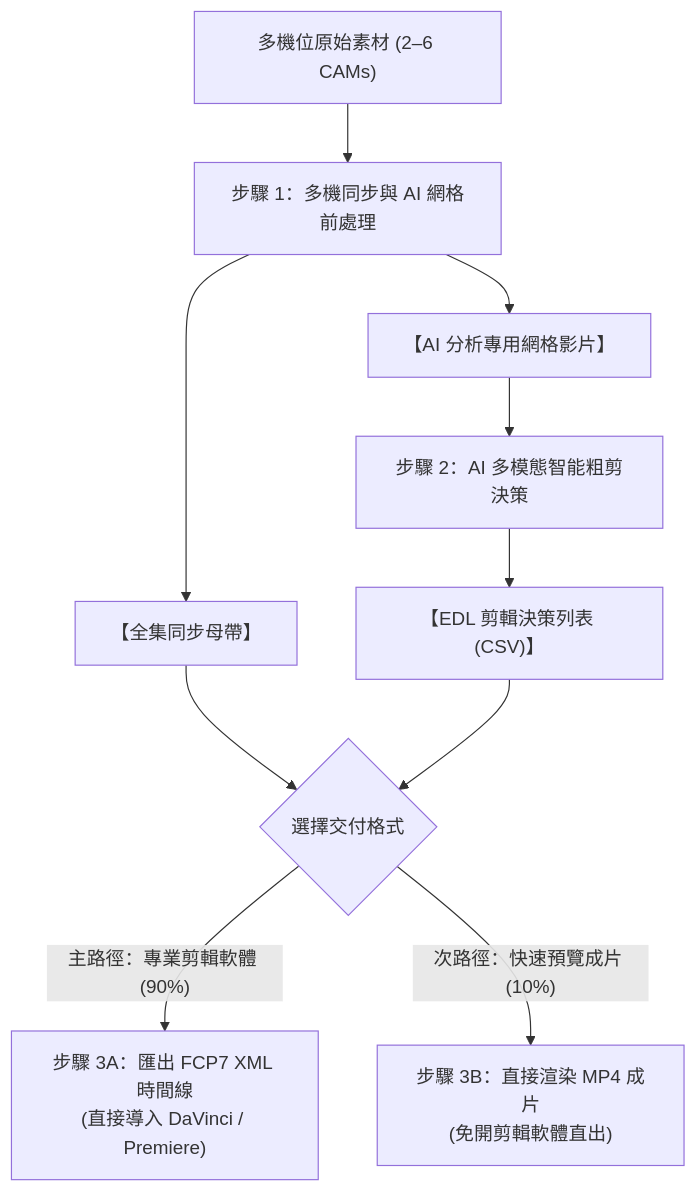
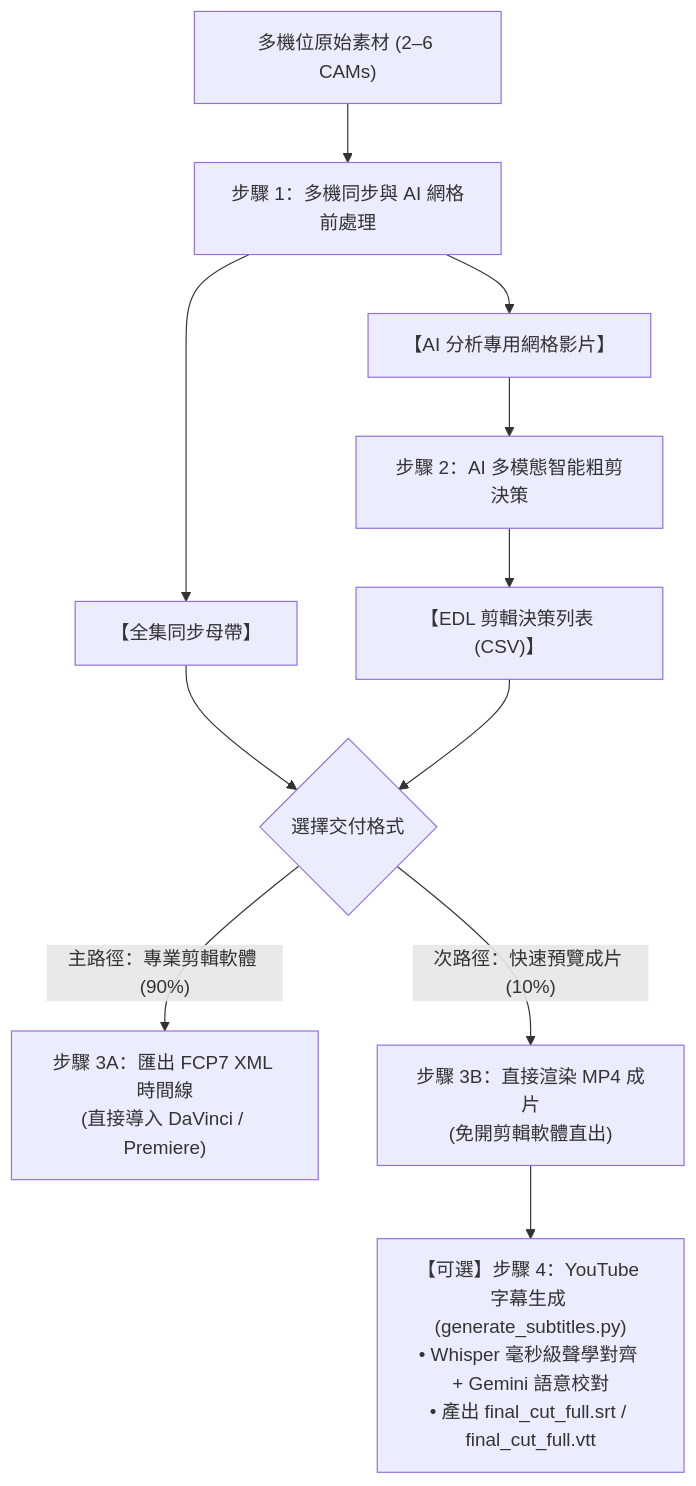
Before and after one commit to sylphlin/multicam-video-preprocessing: the diagram in README.zh-TW.md, drawn with Mermaid. The commit also changed other lines of this file and 9 other files, not shown here.

Commit message:
feat: add Step 4 YouTube Subtitle Generator (Whisper ASR + Gemini Contextual Proofreading) with SRT/VTT support

````diff
--- a/README.zh-TW.md
+++ b/README.zh-TW.md
@@ -51,16 +53,18 @@
 ```mermaid
 flowchart TD
     A["多機位原始素材 (2–6 CAMs)"] --> B["步驟 1：多機同步與 AI 網格前處理"]
     
     B --> C["【全集同步母帶】"]
     B --> D["【AI 分析專用網格影片】"]
     
     D --> E["步驟 2：AI 多模態智能粗剪決策"]
     E --> F["【EDL 剪輯決策列表 (CSV)】"]
     
     C --> G{"選擇交付格式"}
     F --> G
     
     G -->|"主路徑：專業剪輯軟體 (90%)"| H["步驟 3A：匯出 FCP7 XML 時間線<br/>(直接導入 DaVinci / Premiere)"]
     G -->|"次路徑：快速預覽成片 (10%)"| I["步驟 3B：直接渲染 MP4 成片<br/>(免開剪輯軟體直出)"]
+    
+    I --> J["【可選】步驟 4：YouTube 字幕生成 (generate_subtitles.py)<br/>• Whisper 毫秒級聲學對齊 + Gemini 語意校對<br/>• 產出 final_cut_full.srt / final_cut_full.vtt"]
 ```
````
